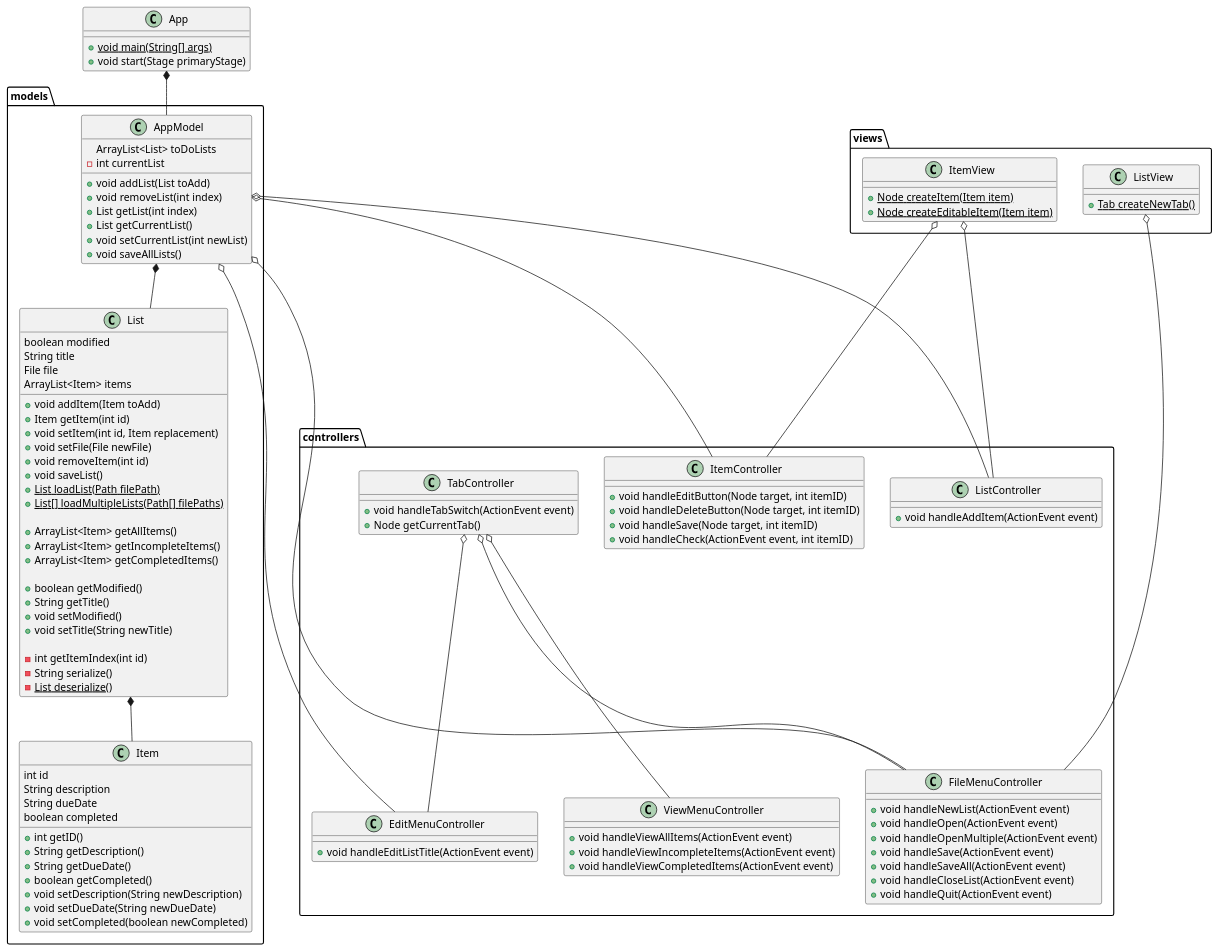
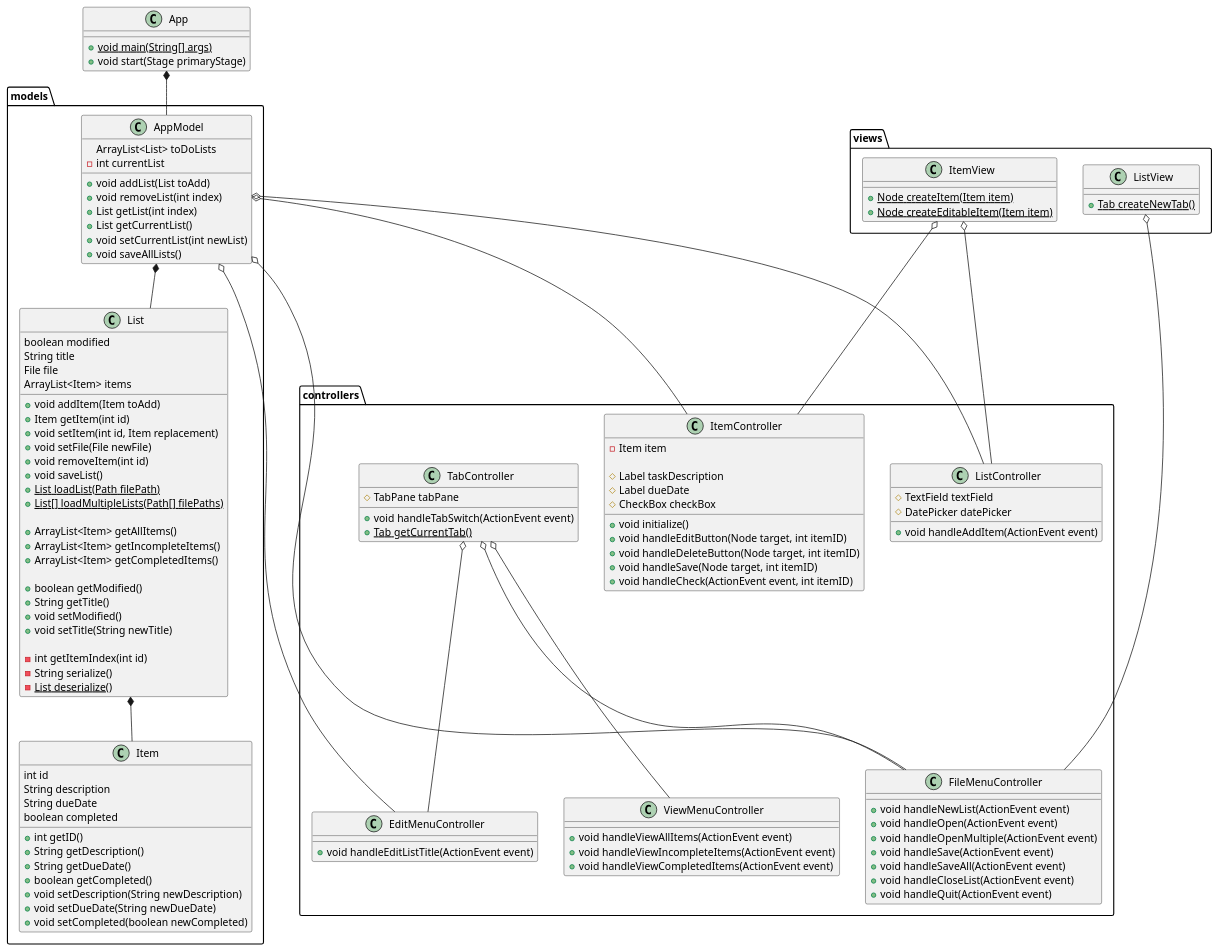
One commit to brooksmckinley/mckinley-cop3330-assignment4part2 changed the diagram in uml/Application.puml. Above: the diagram before and after it, drawn with PlantUML. The commit also changed 14 other files, not shown here.

```diff
--- a/uml/Application.puml
+++ b/uml/Application.puml
@@ -1,142 +1,154 @@
 @startuml
 'https://plantuml.com/class-diagram
 
 'Main entrypoint
 
 class App {
     +{static} void main(String[] args)
     +void start(Stage primaryStage)
 }
 
 'Views
 package views {
     class ItemView {
         +{static} Node createItem(Item item)
         +{static} Node createEditableItem(Item item)
     }
 
     class ListView {
         +{static} Tab createNewTab()
     }
 }
 
 'Controllers
 package controllers {
     class ListController {
+        #TextField textField
+        #DatePicker datePicker
+
         +void handleAddItem(ActionEvent event)
     }
 
     class ItemController {
+        -Item item
+
+        #Label taskDescription
+        #Label dueDate
+        #CheckBox checkBox
+
+        +void initialize()
         +void handleEditButton(Node target, int itemID)
         +void handleDeleteButton(Node target, int itemID)
         +void handleSave(Node target, int itemID)
         +void handleCheck(ActionEvent event, int itemID)
     }
 
     class FileMenuController {
         +void handleNewList(ActionEvent event)
         +void handleOpen(ActionEvent event)
         +void handleOpenMultiple(ActionEvent event)
         +void handleSave(ActionEvent event)
         +void handleSaveAll(ActionEvent event)
         +void handleCloseList(ActionEvent event)
         +void handleQuit(ActionEvent event)
     }
 
     class EditMenuController {
         +void handleEditListTitle(ActionEvent event)
     }
 
     class ViewMenuController {
         +void handleViewAllItems(ActionEvent event)
         +void handleViewIncompleteItems(ActionEvent event)
         +void handleViewCompletedItems(ActionEvent event)
     }
 
     class TabController {
+        #TabPane tabPane
+
         +void handleTabSwitch(ActionEvent event)
-        +Node getCurrentTab()
+        +{static} Tab getCurrentTab()
     }
 
     TabController o-- EditMenuController
     TabController o-- FileMenuController
     TabController o-- ViewMenuController
 
 }
 
 'Models
 
 package models {
     class AppModel {
         ArrayList<List> toDoLists
         -int currentList
 
         +void addList(List toAdd)
         +void removeList(int index)
         +List getList(int index)
         +List getCurrentList()
         +void setCurrentList(int newList)
         +void saveAllLists()
     }
 
     class List {
         boolean modified
         String title
         File file
         ArrayList<Item> items
 
         +void addItem(Item toAdd)
         +Item getItem(int id)
         +void setItem(int id, Item replacement)
         +void setFile(File newFile)
         +void removeItem(int id)
         +void saveList()
         {static} +List loadList(Path filePath)
         {static} +List[] loadMultipleLists(Path[] filePaths)
 
         +ArrayList<Item> getAllItems()
         +ArrayList<Item> getIncompleteItems()
         +ArrayList<Item> getCompletedItems()
 
         +boolean getModified()
         +String getTitle()
         +void setModified()
         +void setTitle(String newTitle)
 
         -int getItemIndex(int id)
         -String serialize()
         -{static} List deserialize()
     }
 
     class Item {
         int id
         String description
         String dueDate
         boolean completed
 
         +int getID()
         +String getDescription()
         +String getDueDate()
         +boolean getCompleted()
         +void setDescription(String newDescription)
         +void setDueDate(String newDueDate)
         +void setCompleted(boolean newCompleted)
     }
 
     AppModel *-- List
     List *-- Item
 }
 
 'Cross-Package dependencies
 AppModel o-- ListController
 AppModel o-- FileMenuController
 AppModel o-- EditMenuController
 AppModel o-- ItemController
 ItemView o-- ListController
 ItemView o-- ItemController
 ListView o-- FileMenuController
 
 App *-- AppModel
 
 
 @enduml
```
